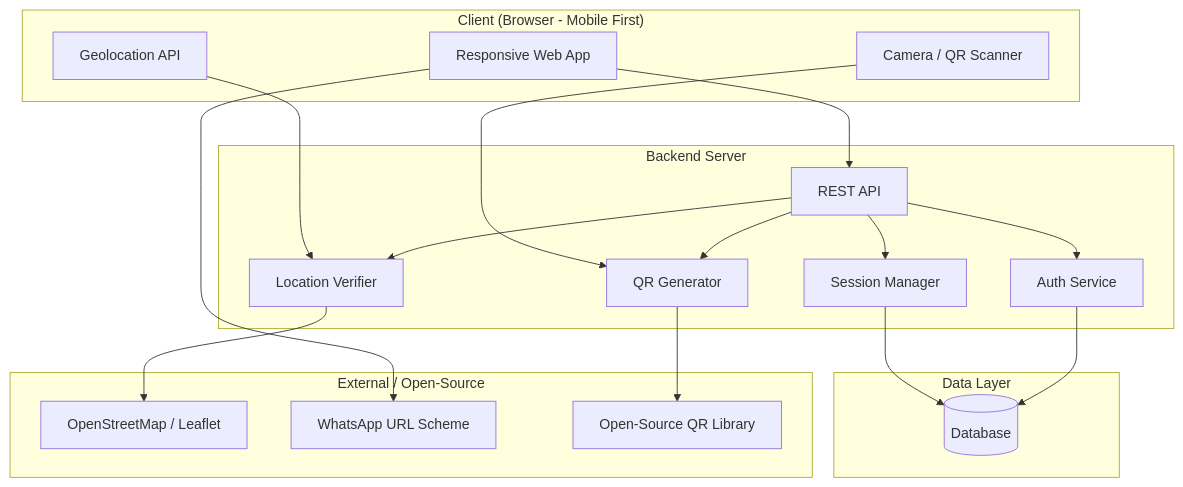
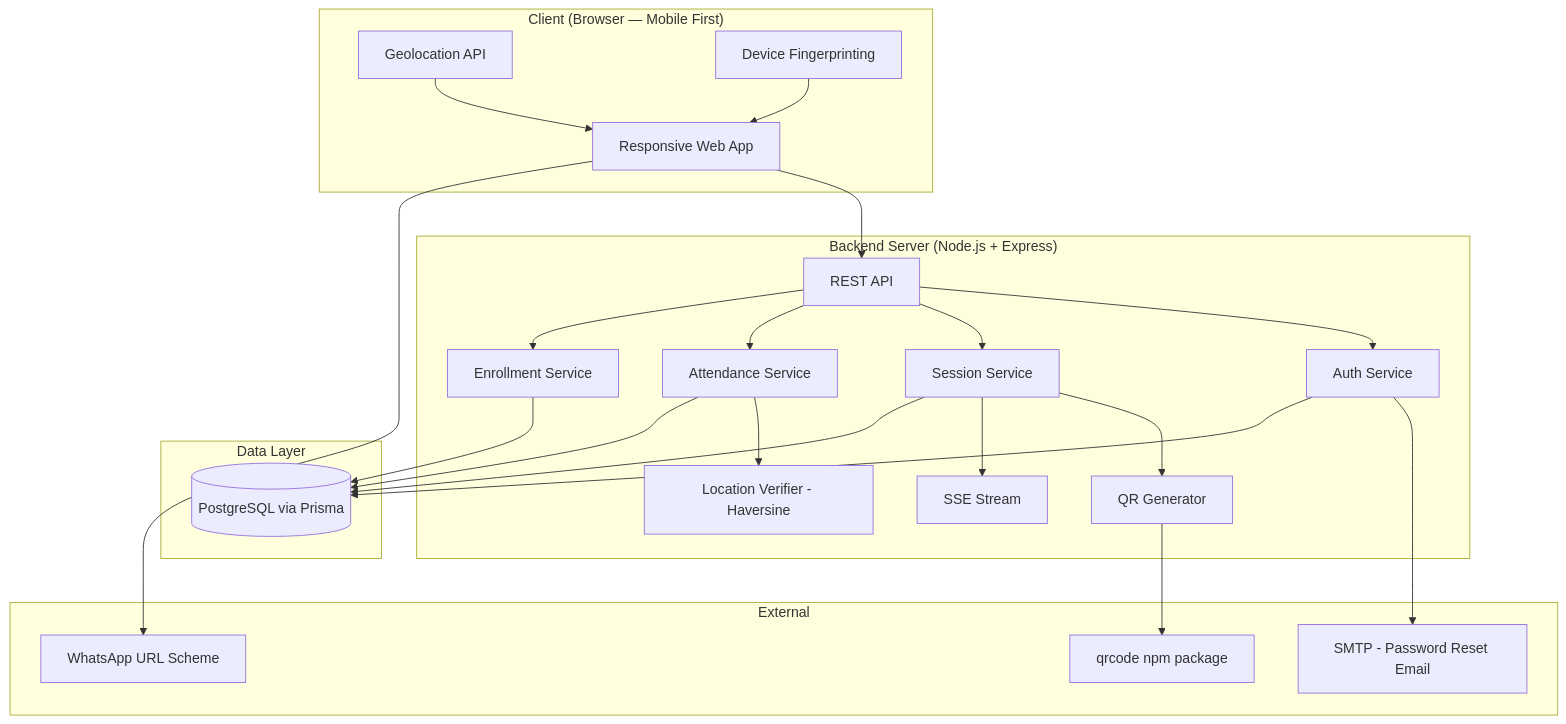
One commit to abdulbasit-io/Attendly changed the diagram in docs/software_requirement_specification.md. Above: the diagram before and after it, drawn with Mermaid. The commit also changed other lines of this file and 5 other files, not shown here.

Commit message:
docs: update product specification with new enrollment, attendance flow, and session creation wizard details

````diff
--- a/docs/software_requirement_specification.md
+++ b/docs/software_requirement_specification.md
@@ -159,39 +187,47 @@
 ```mermaid
 graph TB
-    subgraph Client ["Client (Browser - Mobile First)"]
+    subgraph Client ["Client (Browser — Mobile First)"]
         UI[Responsive Web App]
         GEO[Geolocation API]
-        CAM[Camera / QR Scanner]
+        FP[Device Fingerprinting]
     end
 
-    subgraph Server ["Backend Server"]
+    subgraph Server ["Backend Server (Node.js + Express)"]
         API[REST API]
         AUTH[Auth Service]
-        SESSION[Session Manager]
-        LOCATION[Location Verifier]
+        SESSION[Session Service]
+        ATTENDANCE[Attendance Service]
+        ENROLLMENT[Enrollment Service]
+        LOCATION[Location Verifier - Haversine]
         QR[QR Generator]
+        SSE[SSE Stream]
     end
 
     subgraph Data ["Data Layer"]
-        DB[(Database)]
+        DB[(PostgreSQL via Prisma)]
     end
 
-    subgraph External ["External / Open-Source"]
-        OSM[OpenStreetMap / Leaflet]
+    subgraph External ["External"]
         WA[WhatsApp URL Scheme]
-        QRLIB[Open-Source QR Library]
+        QRLIB[qrcode npm package]
+        SMTP[SMTP - Password Reset Email]
     end
 
     UI --> API
-    GEO --> LOCATION
-    CAM --> QR
+    GEO --> UI
+    FP --> UI
     API --> AUTH
     API --> SESSION
-    API --> LOCATION
-    API --> QR
+    API --> ATTENDANCE
+    API --> ENROLLMENT
+    ATTENDANCE --> LOCATION
+    SESSION --> QR
+    SESSION --> SSE
+    QR --> QRLIB
+    AUTH --> SMTP
+    AUTH --> DB
     SESSION --> DB
-    AUTH --> DB
-    QR --> QRLIB
-    LOCATION --> OSM
+    ATTENDANCE --> DB
+    ENROLLMENT --> DB
     UI --> WA
 ```
````
